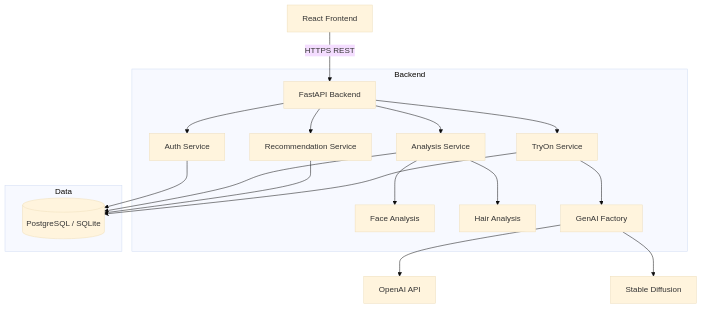
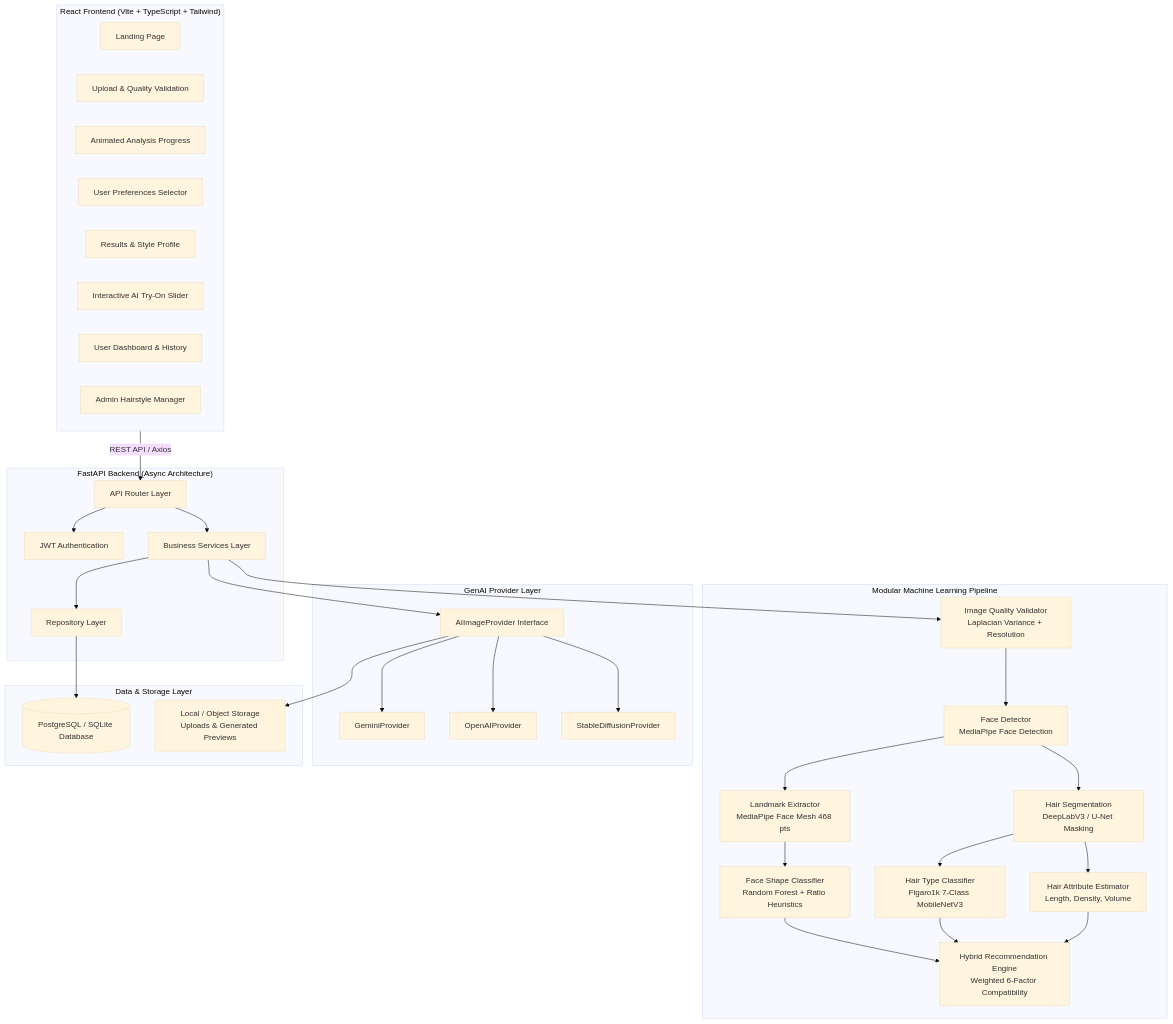
Before and after one commit to Dasun-Git-2003/Haircut-Prediction-System: the diagram in docs/architecture.md, drawn with Mermaid (base theme). The commit also changed other lines of this file and 57 other files, not shown here.

````diff
--- a/docs/architecture.md
+++ b/docs/architecture.md
@@ -8,26 +9,66 @@
 ```mermaid
-graph TD
-    Client[React Frontend] -->|HTTPS REST| API[FastAPI Backend]
-    
-    subgraph Backend
-        API --> Auth[Auth Service]
-        API --> Analysis[Analysis Service]
-        API --> Rec[Recommendation Service]
-        API --> TryOn[TryOn Service]
-        
-        Analysis --> ML1[Face Analysis]
-        Analysis --> ML2[Hair Analysis]
-        
-        TryOn --> GenAI[GenAI Factory]
+graph TB
+    subgraph Frontend["React Frontend (Vite + TypeScript + Tailwind)"]
+        LP[Landing Page]
+        UP[Upload & Quality Validation]
+        AP[Animated Analysis Progress]
+        PP[User Preferences Selector]
+        RP[Results & Style Profile]
+        TP[Interactive AI Try-On Slider]
+        DB[User Dashboard & History]
+        AD[Admin Hairstyle Manager]
     end
-    
-    subgraph Data
-        Auth --> DB[(PostgreSQL / SQLite)]
-        Analysis --> DB
-        Rec --> DB
-        TryOn --> DB
+
+    subgraph Backend["FastAPI Backend (Async Architecture)"]
+        API[API Router Layer]
+        AUTH[JWT Authentication]
+        SVC[Business Services Layer]
+        REPO[Repository Layer]
     end
-    
-    GenAI --> OpenAI[OpenAI API]
-    GenAI --> StableDiffusion[Stable Diffusion]
+
+    subgraph ML["Modular Machine Learning Pipeline"]
+        VAL[Image Quality Validator<br/>Laplacian Variance + Resolution]
+        DET[Face Detector<br/>MediaPipe Face Detection]
+        LM[Landmark Extractor<br/>MediaPipe Face Mesh 468 pts]
+        FSC[Face Shape Classifier<br/>Random Forest + Ratio Heuristics]
+        HSC[Hair Segmentation<br/>DeepLabV3 / U-Net Masking]
+        HTC[Hair Type Classifier<br/>Figaro1k 7-Class MobileNetV3]
+        HAE[Hair Attribute Estimator<br/>Length, Density, Volume]
+        REC[Hybrid Recommendation Engine<br/>Weighted 6-Factor Compatibility]
+    end
+
+    subgraph GenAI["GenAI Provider Layer"]
+        PROV_BASE[AIImageProvider Interface]
+        GEM[GeminiProvider]
+        OAI[OpenAIProvider]
+        SD[StableDiffusionProvider]
+    end
+
+    subgraph Storage["Data & Storage Layer"]
+        POSTGRES[(PostgreSQL / SQLite Database)]
+        STATIC[Local / Object Storage<br/>Uploads & Generated Previews]
+    end
+
+    Frontend -->|REST API / Axios| API
+    API --> AUTH
+    API --> SVC
+    SVC --> REPO
+    REPO --> POSTGRES
+
+    SVC --> VAL
+    VAL --> DET
+    DET --> LM
+    LM --> FSC
+    DET --> HSC
+    HSC --> HTC
+    HSC --> HAE
+    FSC --> REC
+    HTC --> REC
+    HAE --> REC
+
+    SVC --> PROV_BASE
+    PROV_BASE --> GEM
+    PROV_BASE --> OAI
+    PROV_BASE --> SD
+    PROV_BASE --> STATIC
 ```
````
